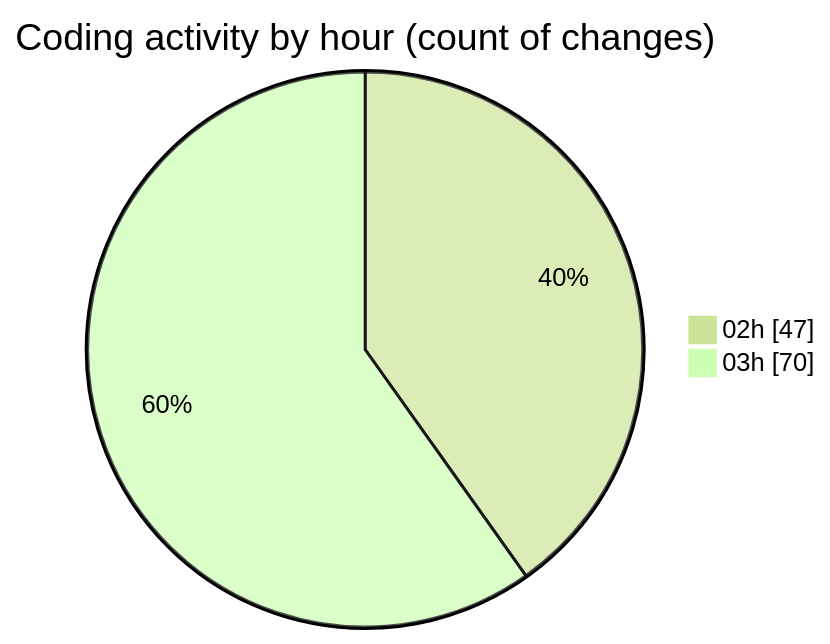
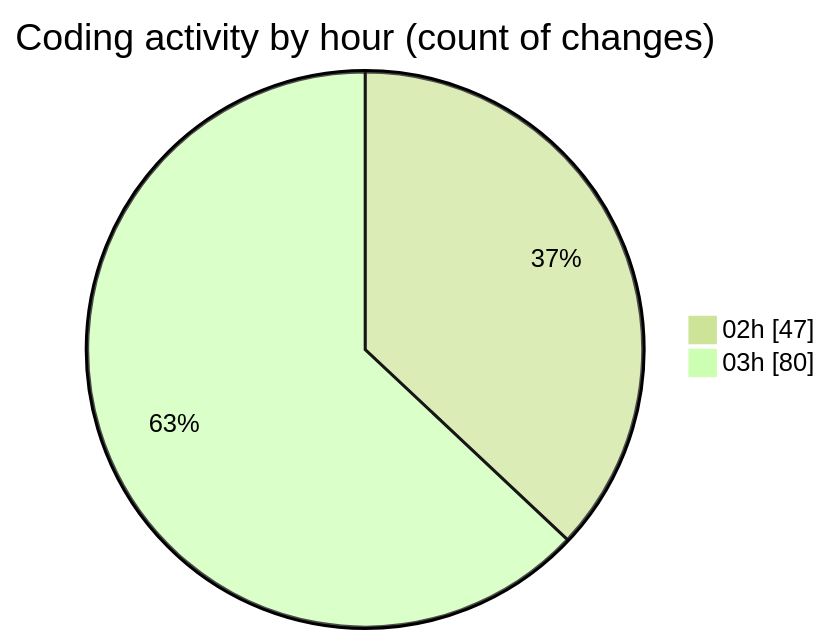
One commit to ernivani/code-tracking changed the second of 2 diagrams in 2025-01-02/3drust/README.md. Above: the diagram before and after it, drawn with Mermaid (forest theme). The commit also changed other lines of this file and 2 other files, not shown here.

````diff
--- a/2025-01-02/3drust/README.md
+++ b/2025-01-02/3drust/README.md
@@ -38,6 +40,6 @@
 ```mermaid
 pie showData
 title Coding activity by hour (count of changes)
 "02h" : 47
-"03h" : 70
+"03h" : 80
 ```
````
